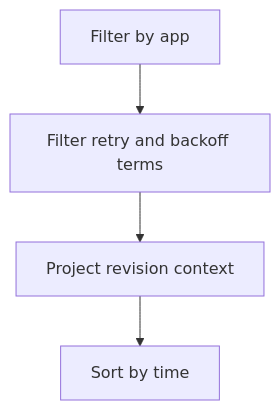
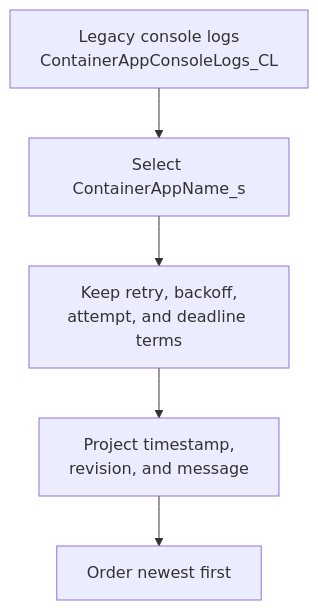
One commit to yeongseon/azure-container-apps-practical-guide changed the diagram in docs/troubleshooting/kql/ingress-and-networking/timeout-and-retry-patterns.md. Above: the diagram before and after it, drawn with Mermaid. The commit also changed other lines of this file and 22 other files, not shown here.

First line of the commit message:
docs(diagrams): migrate KQL diagnostic flows (#622)

````diff
--- a/docs/troubleshooting/kql/ingress-and-networking/timeout-and-retry-patterns.md
+++ b/docs/troubleshooting/kql/ingress-and-networking/timeout-and-retry-patterns.md
@@ -36,4 +36,10 @@
 ```mermaid
 flowchart TD
-    A[Filter by app] --> B[Filter retry and backoff terms] --> C[Project revision context] --> D[Sort by time]
+    accTitle: Query application logs for timeout and retry patterns
+    accDescr: The query selects one app from the legacy console log table, keeps retry, backoff, and deadline terms, projects revision evidence, and sorts results from newest to oldest.
+
+    SOURCE[Legacy console logs<br/>ContainerAppConsoleLogs_CL] --> APP[Select ContainerAppName_s]
+    APP --> SIGNALS[Keep retry, backoff,<br/>attempt, and deadline terms]
+    SIGNALS --> CONTEXT[Project timestamp,<br/>revision, and message]
+    CONTEXT --> RESULT[Order newest first]
 ```
````
